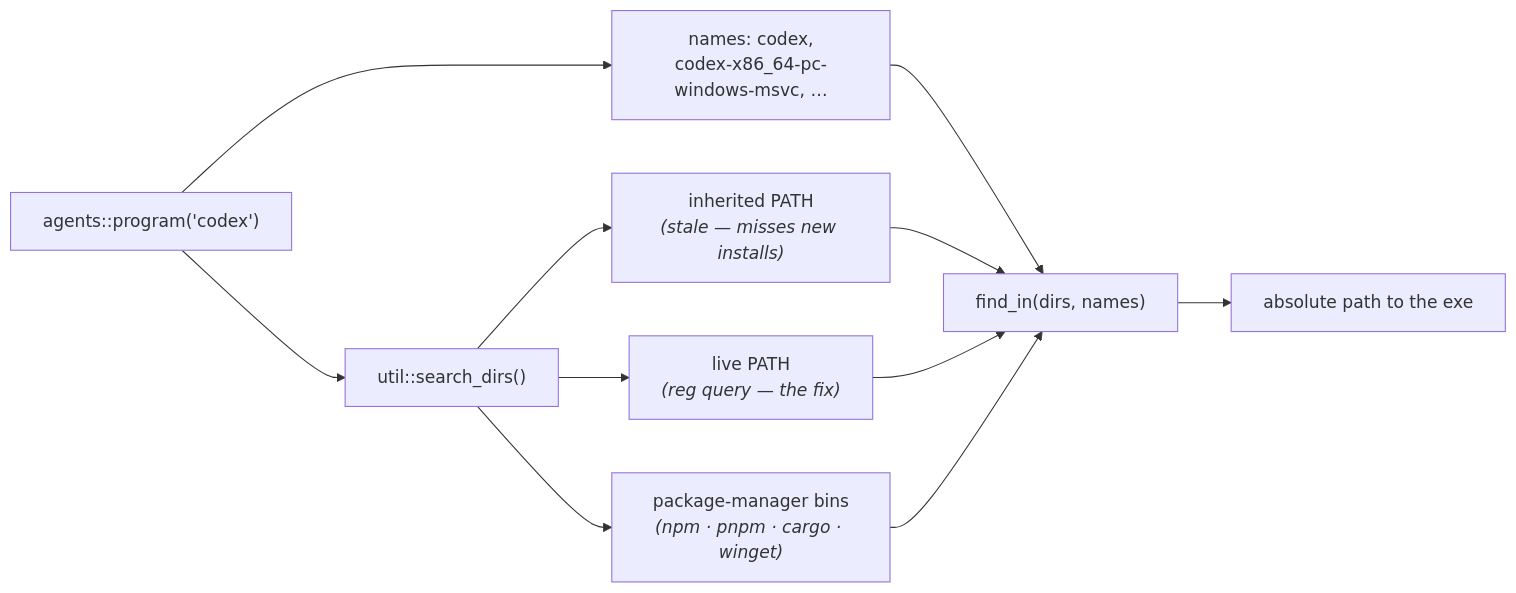
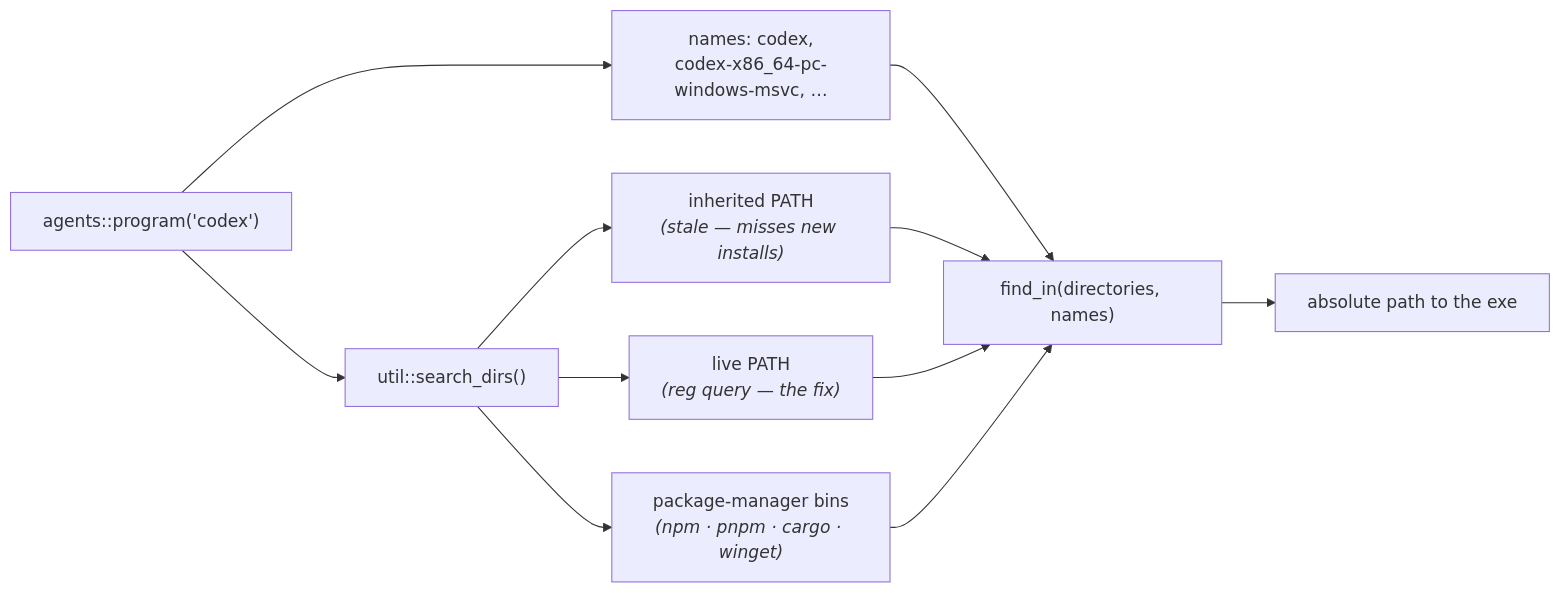
The third of 7 diagrams in ARCHITECTURE.md (avi12/pade), drawn with Mermaid before and after one commit. The commit also changed other lines of this file and 15 other files, not shown here.

````diff
--- a/ARCHITECTURE.md
+++ b/ARCHITECTURE.md
@@ -95,13 +95,13 @@
 ```mermaid
 flowchart LR
   Q["agents::program('codex')"] --> N["names: codex,<br/>codex-x86_64-pc-windows-msvc, …"]
   Q --> D["util::search_dirs()"]
   D --> P1["inherited PATH<br/><i>(stale — misses new installs)</i>"]
   D --> P2["live PATH<br/><i>(reg query — the fix)</i>"]
   D --> P3["package-manager bins<br/><i>(npm · pnpm · cargo · winget)</i>"]
-  N --> F["find_in(dirs, names)"]
+  N --> F["find_in(directories, names)"]
   P1 --> F
   P2 --> F
   P3 --> F
   F --> R["absolute path to the exe"]
 ```
````
